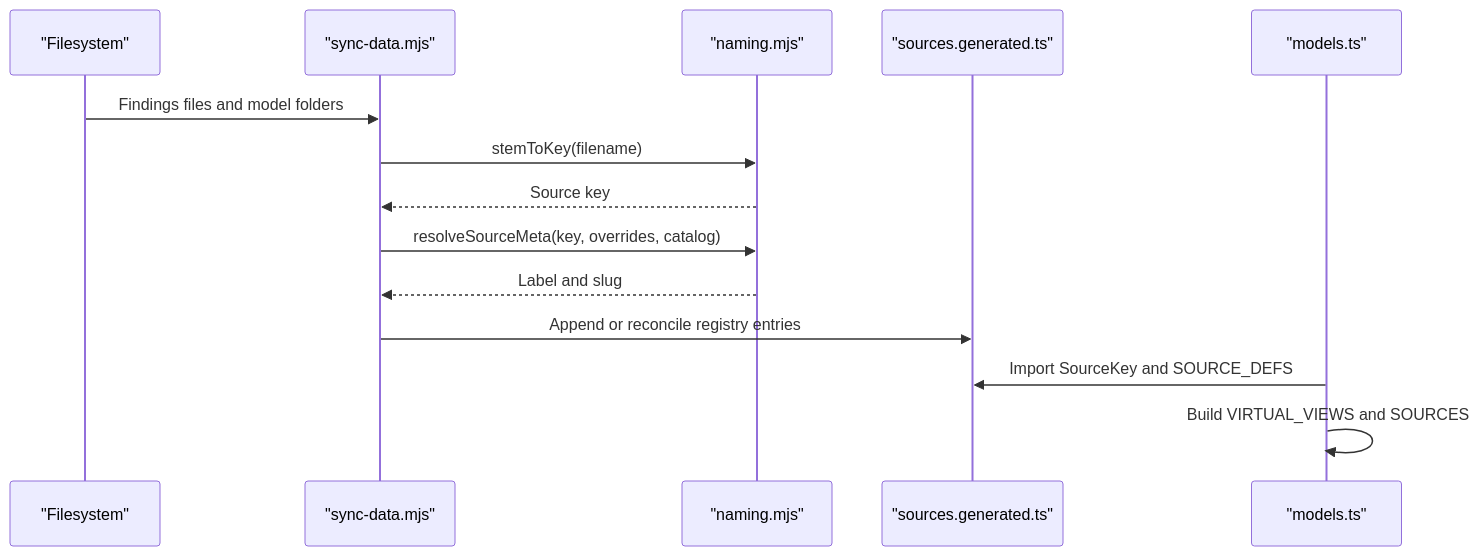
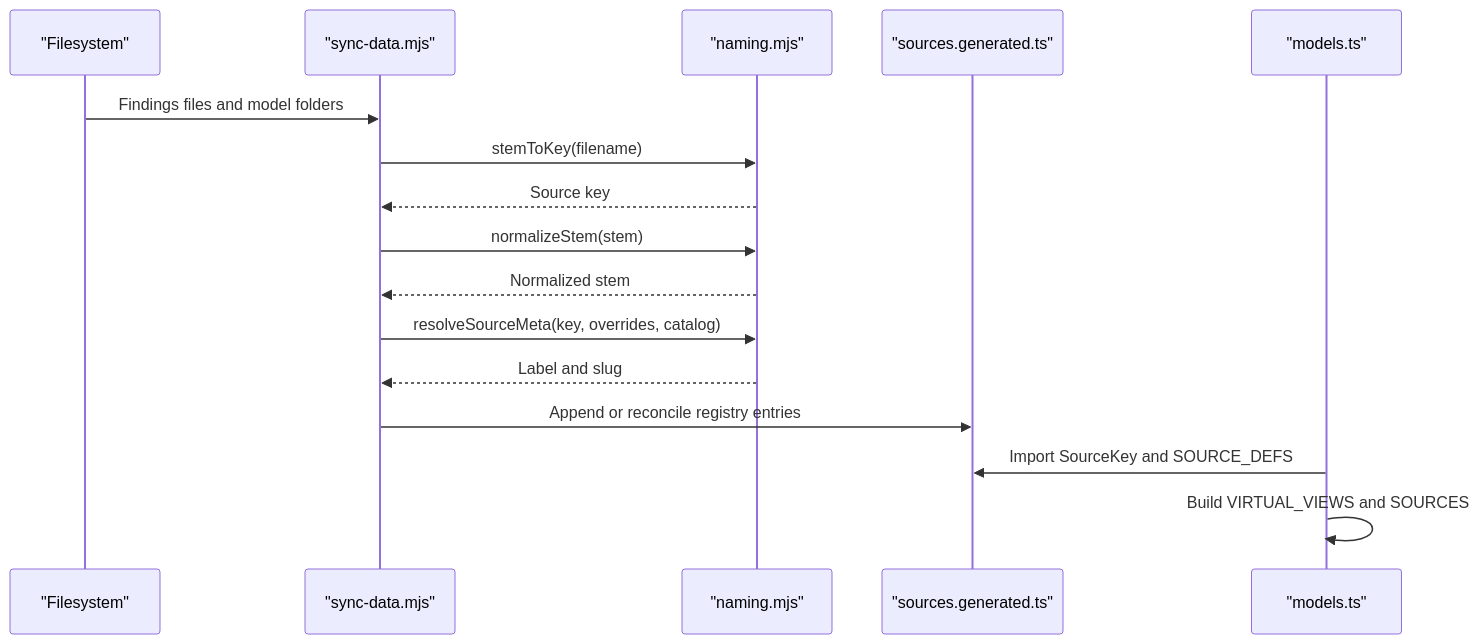
The tenth of 11 diagrams in .qoder/repowiki/en/content/Data Management System/Data Synchronization Pipeline/Naming Conventions & Utilities.md (delirium-dj/modelcomp), drawn with Mermaid before and after one commit. The commit also changed other lines of this file and 147 other files, not shown here.

````diff
--- a/.qoder/repowiki/en/content/Data Management System/Data Synchronization Pipeline/Naming Conventions & Utilities.md
+++ b/.qoder/repowiki/en/content/Data Management System/Data Synchronization Pipeline/Naming Conventions & Utilities.md
@@ -422,16 +469,18 @@
 ```mermaid
 sequenceDiagram
 participant FS as "Filesystem"
 participant Sync as "sync-data.mjs"
 participant Naming as "naming.mjs"
 participant Registry as "sources.generated.ts"
 participant Runtime as "models.ts"
 FS->>Sync : Findings files and model folders
 Sync->>Naming : stemToKey(filename)
 Naming-->>Sync : Source key
+Sync->>Naming : normalizeStem(stem)
+Naming-->>Sync : Normalized stem
 Sync->>Naming : resolveSourceMeta(key, overrides, catalog)
 Naming-->>Sync : Label and slug
 Sync->>Registry : Append or reconcile registry entries
 Runtime->>Registry : Import SourceKey and SOURCE_DEFS
 Runtime->>Runtime : Build VIRTUAL_VIEWS and SOURCES
 ```
````
